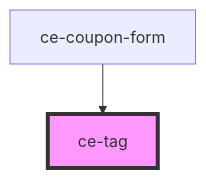
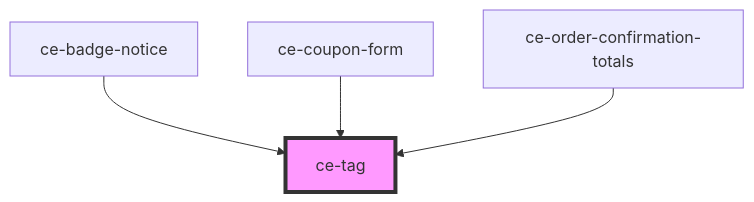
Before and after one commit to surecart/surecart-wp-plugin: the diagram in packages/components/src/components/ui/tag/readme.md, drawn with Mermaid. The commit also changed other lines of this file and 56 other files, not shown here.

````diff
--- a/packages/components/src/components/ui/tag/readme.md
+++ b/packages/components/src/components/ui/tag/readme.md
@@ -40,5 +42,7 @@
 ```mermaid
 graph TD;
+  ce-badge-notice --> ce-tag
   ce-coupon-form --> ce-tag
+  ce-order-confirmation-totals --> ce-tag
   style ce-tag fill:#f9f,stroke:#333,stroke-width:4px
 ```
````
